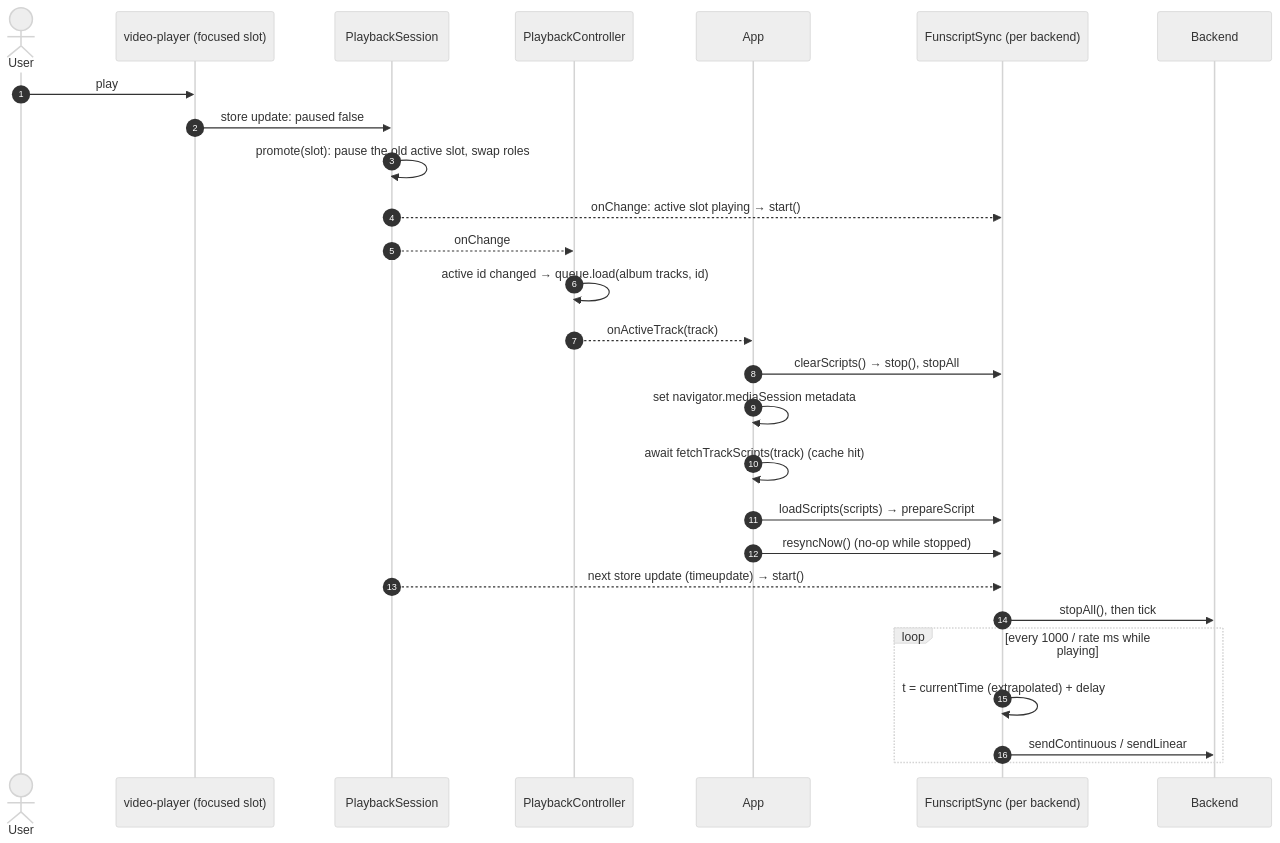
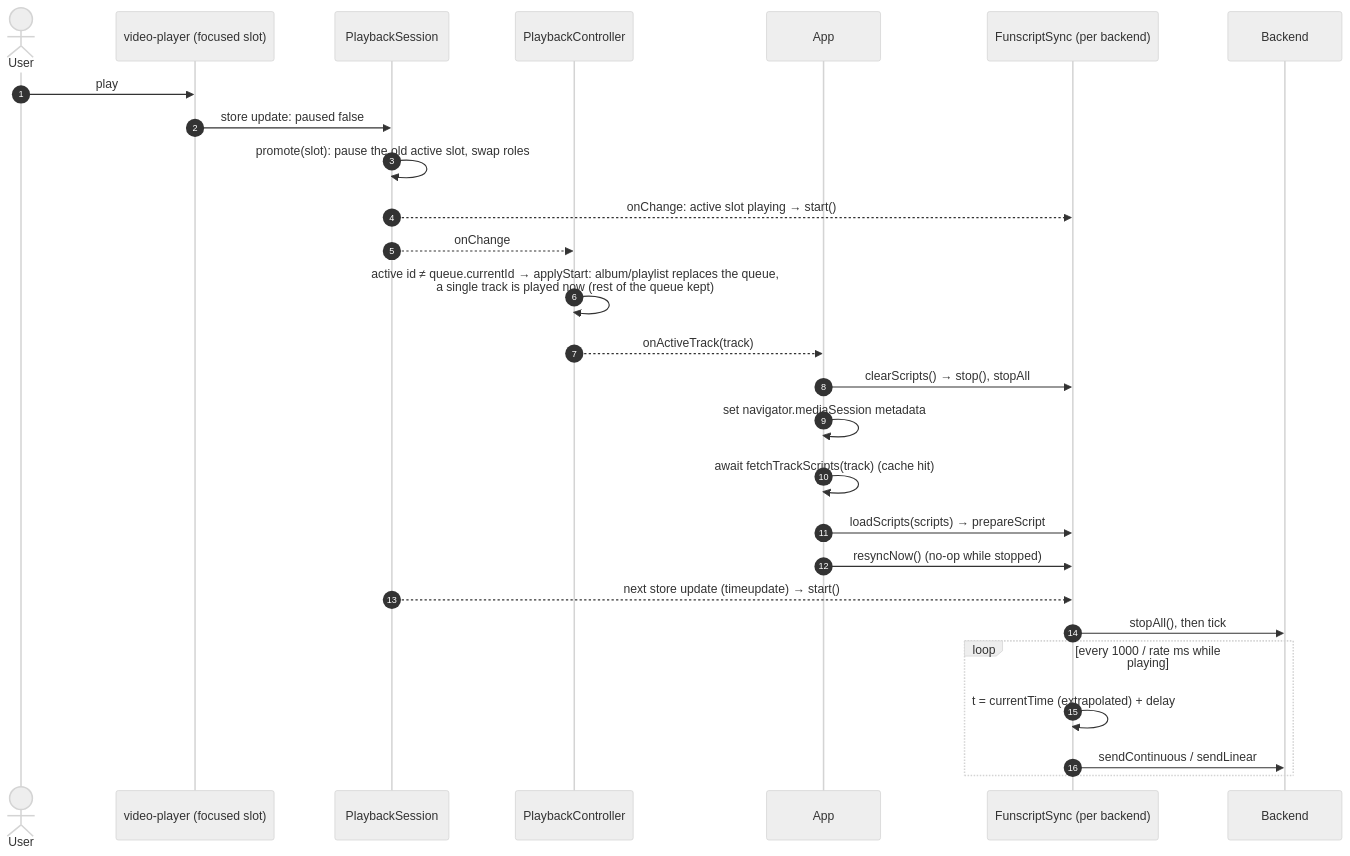
Before and after one commit to lumbar-spine-support/docker-haptic-player: the second of 4 diagrams in docs/developer/use-cases/browse-and-play.md, drawn with Mermaid (neutral theme). The commit also changed 5 other files, not shown here.

First line of the commit message:
docs: playback queue, queue panel and saving as a playlist

````diff
--- a/docs/developer/use-cases/browse-and-play.md
+++ b/docs/developer/use-cases/browse-and-play.md
@@ -48,30 +48,30 @@
 ```mermaid
 sequenceDiagram
   autonumber
   actor U as User
   participant P as video-player (focused slot)
   participant PS as PlaybackSession
   participant PC as PlaybackController
   participant A as App
   participant FS as FunscriptSync (per backend)
   participant BE as Backend
 
   U->>P: play
   P->>PS: store update: paused false
   PS->>PS: promote(slot): pause the old active slot, swap roles
   PS-->>FS: onChange: active slot playing → start()
   PS-->>PC: onChange
-  PC->>PC: active id changed → queue.load(album tracks, id)
+  PC->>PC: active id ≠ queue.currentId → applyStart: album/playlist replaces the queue,<br/>a single track is played now (rest of the queue kept)
   PC-->>A: onActiveTrack(track)
   A->>FS: clearScripts() → stop(), stopAll
   A->>A: set navigator.mediaSession metadata
   A->>A: await fetchTrackScripts(track) (cache hit)
   A->>FS: loadScripts(scripts) → prepareScript
   A->>FS: resyncNow() (no-op while stopped)
   PS-->>FS: next store update (timeupdate) → start()
   FS->>BE: stopAll(), then tick
   loop every 1000 / rate ms while playing
     FS->>FS: t = currentTime (extrapolated) + delay
     FS->>BE: sendContinuous / sendLinear
   end
 ```
````
